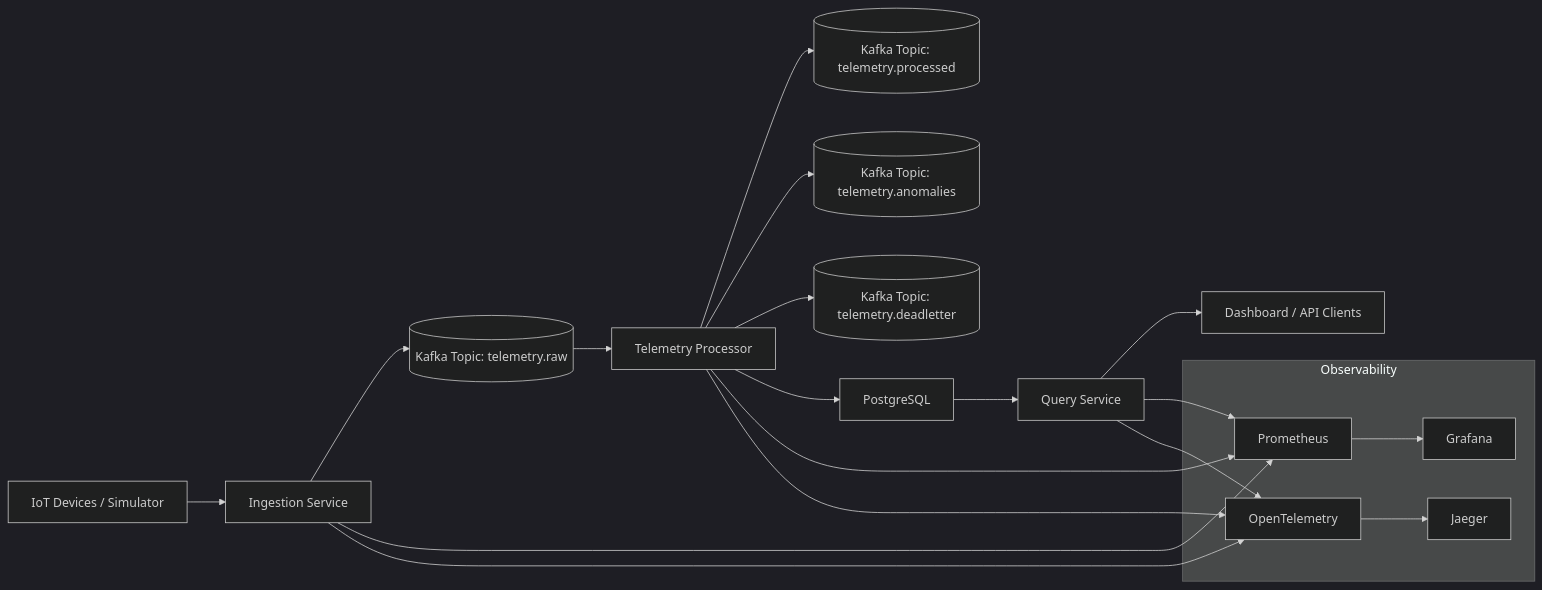
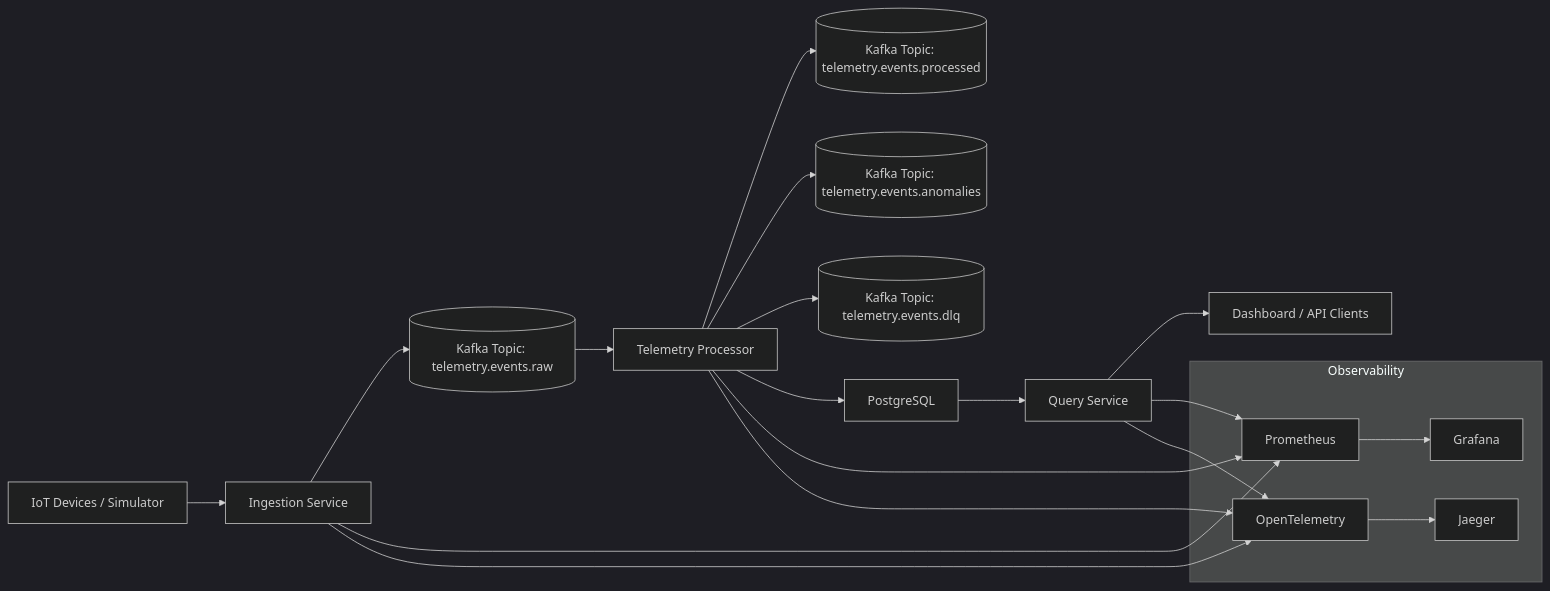
Before and after one commit to ME-Massine/pulsestream: the diagram in docs/diagrams/system-architecture.md, drawn with Mermaid (dark theme). The commit also changed other lines of this file and 4 other files, not shown here.

Commit message:
docs: align diagrams with Kafka topic naming and fix diagram references (#57)

````diff
--- a/docs/diagrams/system-architecture.md
+++ b/docs/diagrams/system-architecture.md
@@ -5,32 +5,32 @@
 ```mermaid
 flowchart LR
     A[IoT Devices / Simulator] --> B[Ingestion Service]
-    B --> T1[(Kafka Topic: telemetry.raw)]
+    B --> T1[(Kafka Topic: telemetry.events.raw)]
 
     T1 --> C[Telemetry Processor]
-    C --> T2[(Kafka Topic: telemetry.processed)]
-    C --> T3[(Kafka Topic: telemetry.anomalies)]
-    C --> T4[(Kafka Topic: telemetry.deadletter)]
+    C --> T2[(Kafka Topic: telemetry.events.processed)]
+    C --> T3[(Kafka Topic: telemetry.events.anomalies)]
+    C --> T4[(Kafka Topic: telemetry.events.dlq)]
 
     C --> D[PostgreSQL]
     D --> E[Query Service]
     E --> F[Dashboard / API Clients]
 
     subgraph Observability
         P[Prometheus]
         G[Grafana]
         O[OpenTelemetry]
         J[Jaeger]
     end
 
     B --> P
     C --> P
     E --> P
 
     B --> O
     C --> O
     E --> O
 
     P --> G
     O --> J
 ```
````
